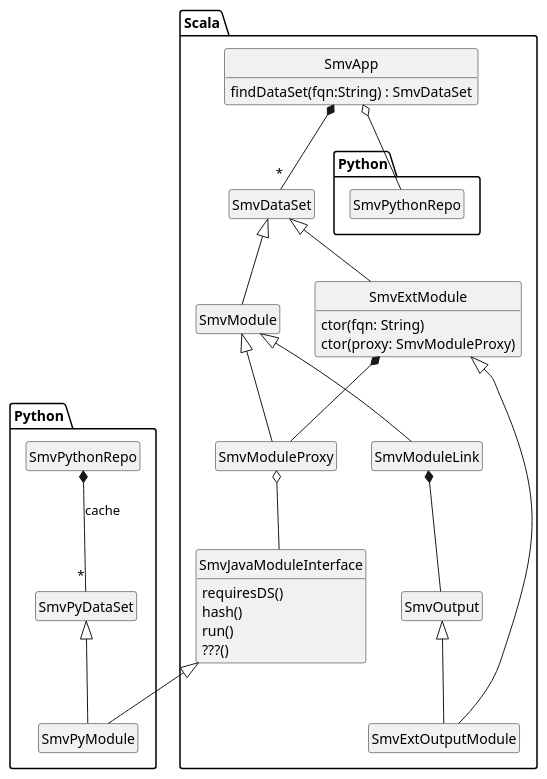
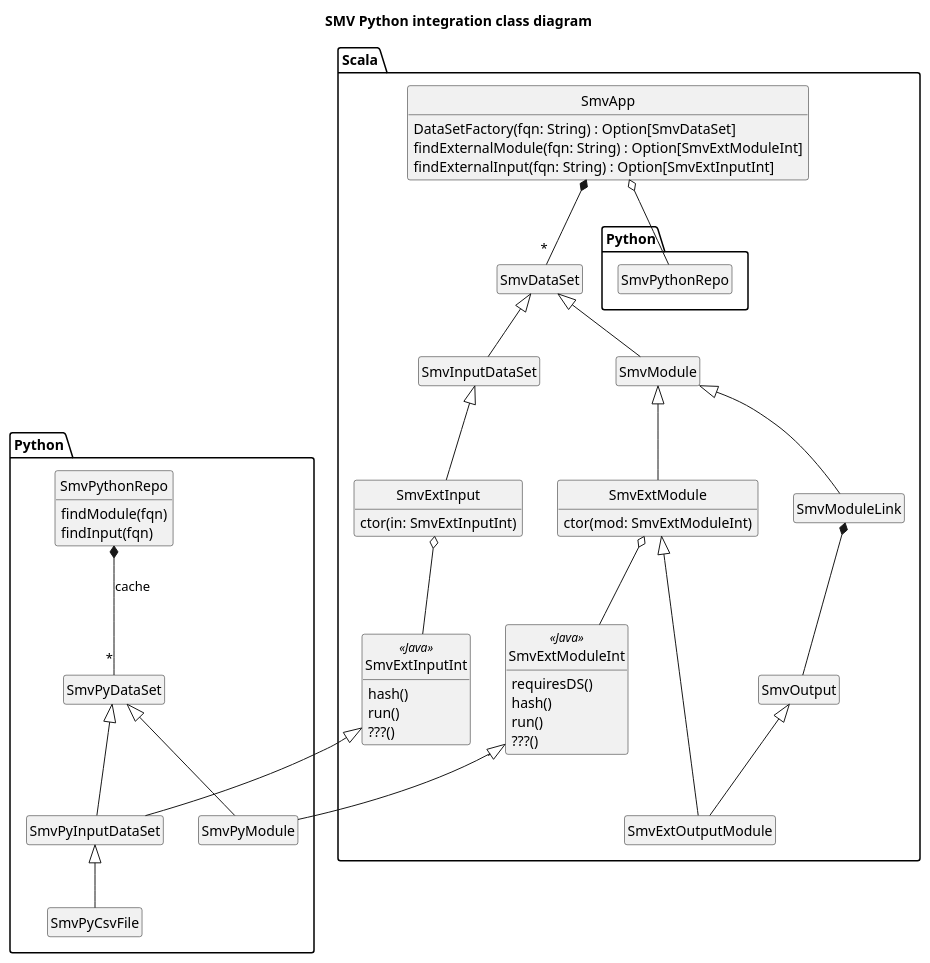
One commit to TresAmigosSD/SMV changed the diagram in docs/design/Python/py_api_class.puml. Above: the diagram before and after it, drawn with PlantUML. The commit also changed 1 other file, not shown here.

Commit message:
updated the python api class/seq diagrams for separation of module/input interface

```diff
--- a/docs/design/Python/py_api_class.puml
+++ b/docs/design/Python/py_api_class.puml
@@ -1,50 +1,70 @@
 @startuml
+
+title SMV Python integration class diagram
 
 hide empty methods
 hide empty fields
 hide circle
 
 package Scala {
   class SmvApp {
-    findDataSet(fqn:String) : SmvDataSet
+    DataSetFactory(fqn: String) : Option[SmvDataSet]
+    findExternalModule(fqn: String) : Option[SmvExtModuleInt]
+    findExternalInput(fqn: String) : Option[SmvExtInputInt]
   }
   class SmvOutput
   class SmvDataSet
-  class Scala.SmvJavaModuleInterface {
+  class SmvInputDataSet extends SmvDataSet
+  class Scala.SmvExtModuleInt <<Java>> {
     requiresDS()
+    hash()
+    run()
+    ???()
+  }
+  class Scala.SmvExtInputInt <<Java>> {
     hash()
     run()
     ???()
   }
 
   SmvApp o-- Python.SmvPythonRepo
   SmvApp *-- "*" SmvDataSet
 
   class SmvModuleLink extends SmvModule
   SmvModuleLink *-- SmvOutput
 
   class SmvModule extends SmvDataSet
 
-  class SmvModuleProxy extends SmvModule
-  SmvModuleProxy o-- Scala.SmvJavaModuleInterface
+  class SmvExtModule extends SmvModule {
+    ctor(mod: SmvExtModuleInt)
+  }
+  SmvExtModule o-- Scala.SmvExtModuleInt
 
-  class SmvExtModule extends SmvDataSet {
-    ctor(fqn: String)
-    ctor(proxy: SmvModuleProxy)
+  class SmvExtInput extends SmvInputDataSet {
+    ctor(in: SmvExtInputInt)
   }
-  SmvExtModule *-- SmvModuleProxy
+  SmvExtInput o-- Scala.SmvExtInputInt
 
   class SmvExtOutputModule extends SmvExtModule
   SmvExtOutputModule -U-|> SmvOutput
 }
 
 package Python {
-  class SmvPythonRepo
+  class SmvPythonRepo {
+    findModule(fqn)
+    findInput(fqn)
+  }
   class SmvPyDataSet
-  class SmvPyModule extends Scala.SmvJavaModuleInterface
+
+  class SmvPyModule extends Scala.SmvExtModuleInt
   SmvPyModule -U-|> SmvPyDataSet
 
+  class SmvPyInputDataSet extends Scala.SmvExtInputInt
+  SmvPyInputDataSet -U-|> SmvPyDataSet
+
   SmvPythonRepo *-- "*" SmvPyDataSet : "cache"
+
+  SmvPyCsvFile -U-|> SmvPyInputDataSet
 }
 
 @enduml
```
